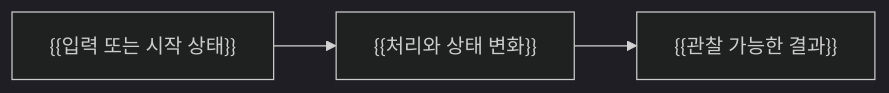
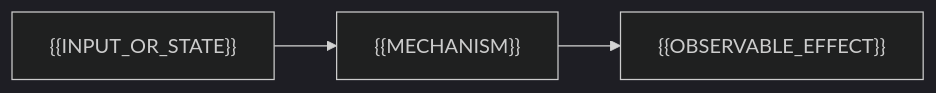
The diagram in .agents/skills/make-study-content/assets/lesson-template.md (NtoZero/develop-study), drawn with Mermaid (dark theme) before and after one commit. The commit also changed other lines of this file and 51 other files, not shown here.

````diff
--- a/.agents/skills/make-study-content/assets/lesson-template.md
+++ b/.agents/skills/make-study-content/assets/lesson-template.md
@@ -52,5 +30,5 @@
 ```mermaid
 flowchart LR
-    A["{{입력 또는 시작 상태}}"] --> B["{{처리와 상태 변화}}"]
-    B --> C["{{관찰 가능한 결과}}"]
+    A["{{INPUT_OR_STATE}}"] --> B["{{MECHANISM}}"]
+    B --> C["{{OBSERVABLE_EFFECT}}"]
 ```
````
